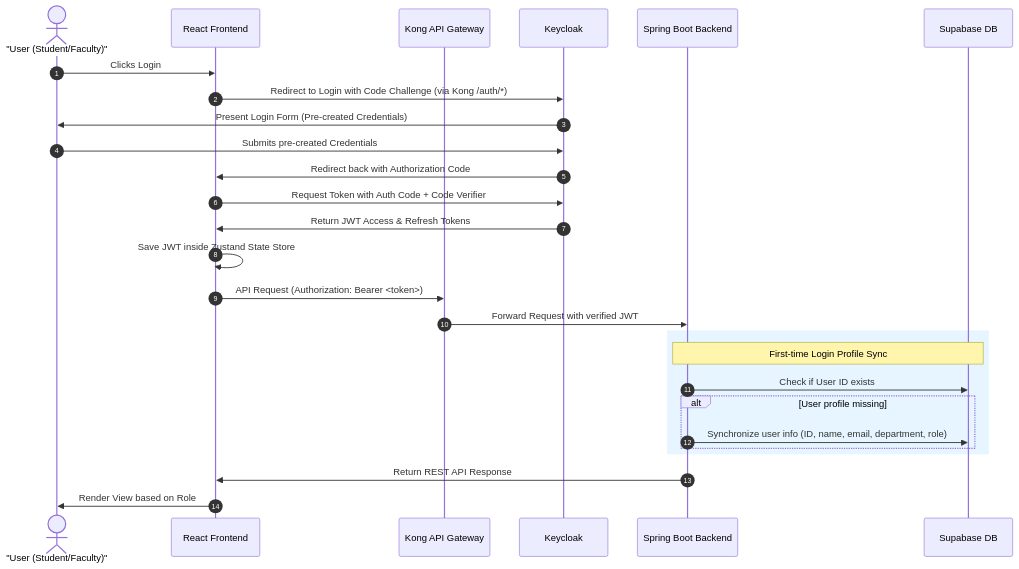
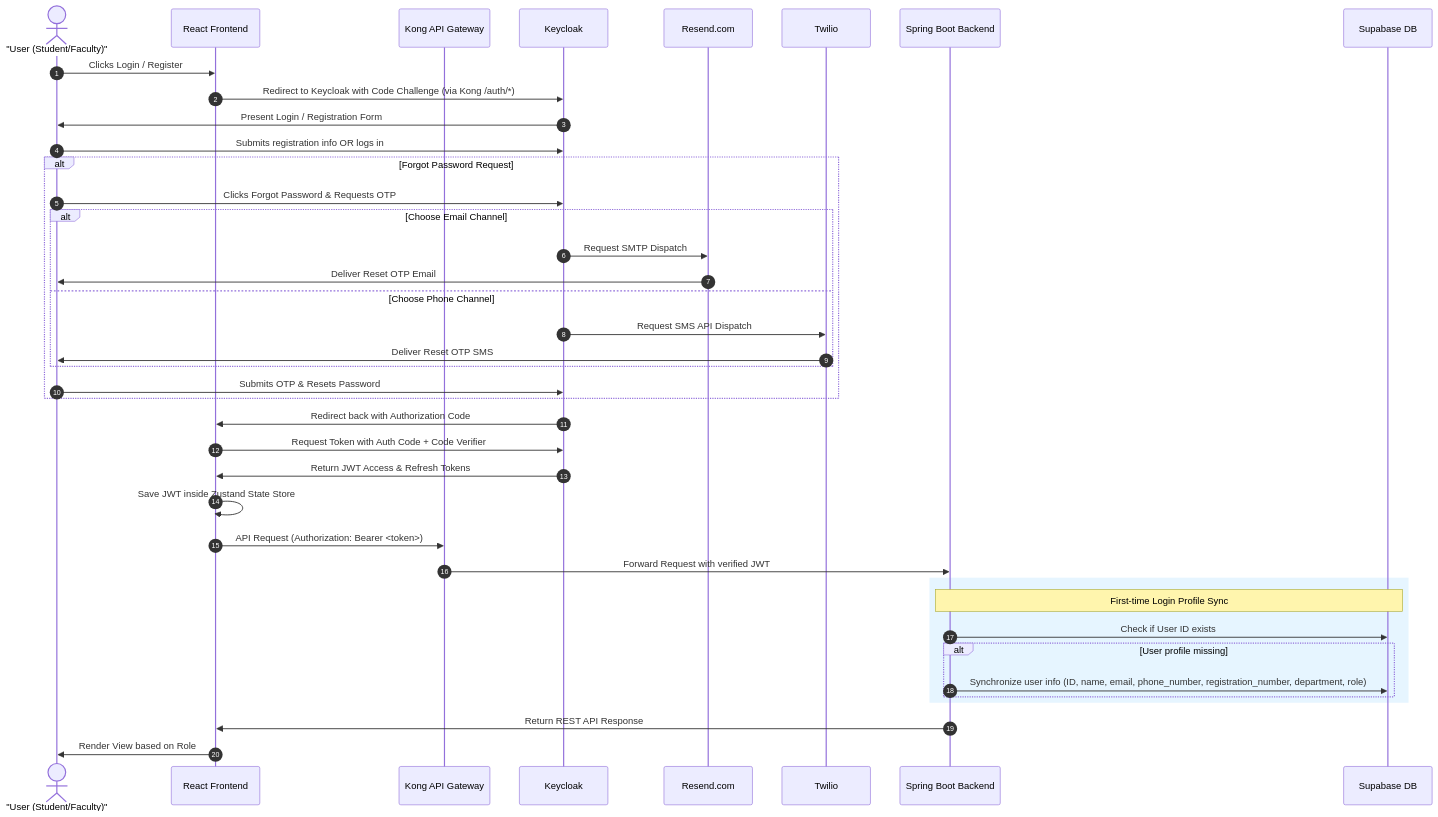
The second of 2 diagrams in docs/hld.md (pec-developers/pec-events-app), drawn with Mermaid before and after one commit. The commit also changed other lines of this file and 17 other files, not shown here.

First line of the commit message:
docs: archive documentation initialization and refine event flow specifications

````diff
--- a/docs/hld.md
+++ b/docs/hld.md
@@ -39,32 +49,45 @@
 ```mermaid
 sequenceDiagram
     autonumber
     actor User as "User (Student/Faculty)"
     participant App as React Frontend
     participant Kong as Kong API Gateway
     participant Keycloak as Keycloak
+    participant Resend as Resend.com
+    participant Twilio as Twilio
     participant Backend as Spring Boot Backend
     participant DB as Supabase DB
 
-    User->>App: Clicks Login
-    App->>Keycloak: Redirect to Login with Code Challenge (via Kong /auth/*)
-    Keycloak->>User: Present Login Form (Pre-created Credentials)
-    User->>Keycloak: Submits pre-created Credentials
+    User->>App: Clicks Login / Register
+    App->>Keycloak: Redirect to Keycloak with Code Challenge (via Kong /auth/*)
+    Keycloak->>User: Present Login / Registration Form
+    User->>Keycloak: Submits registration info OR logs in
+    alt Forgot Password Request
+        User->>Keycloak: Clicks Forgot Password & Requests OTP
+        alt Choose Email Channel
+            Keycloak->>Resend: Request SMTP Dispatch
+            Resend->>User: Deliver Reset OTP Email
+        else Choose Phone Channel
+            Keycloak->>Twilio: Request SMS API Dispatch
+            Twilio->>User: Deliver Reset OTP SMS
+        end
+        User->>Keycloak: Submits OTP & Resets Password
+    end
     Keycloak->>App: Redirect back with Authorization Code
     App->>Keycloak: Request Token with Auth Code + Code Verifier
     Keycloak->>App: Return JWT Access & Refresh Tokens
     App->>App: Save JWT inside Zustand State Store
     App->>Kong: API Request (Authorization: Bearer <token>)
     Kong->>Backend: Forward Request with verified JWT
     
     rect rgb(230, 245, 255)
         note over Backend, DB: First-time Login Profile Sync
         Backend->>DB: Check if User ID exists
         alt User profile missing
-            Backend->>DB: Synchronize user info (ID, name, email, department, role)
+            Backend->>DB: Synchronize user info (ID, name, email, phone_number, registration_number, department, role)
         end
     end
     
     Backend->>App: Return REST API Response
     App->>User: Render View based on Role
 ```
````
